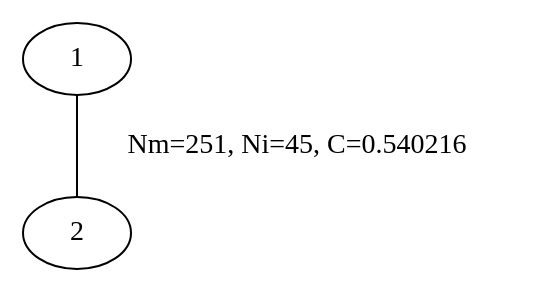
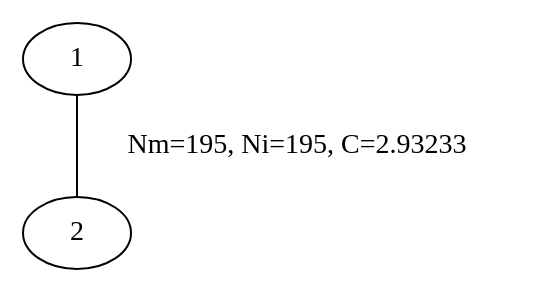
The diagram in matches_graph.dot (AlexandraKam/hakatonUpgrade), drawn with Graphviz before and after one commit. The commit also changed 4 other files, not shown here.

```diff
--- a/matches_graph.dot
+++ b/matches_graph.dot
@@ -1,3 +1,3 @@
 graph matches_graph{
-"1" -- "2"[label="Nm=251, Ni=45, C=0.540216"];
+"1" -- "2"[label="Nm=195, Ni=195, C=2.93233"];
 }
```
